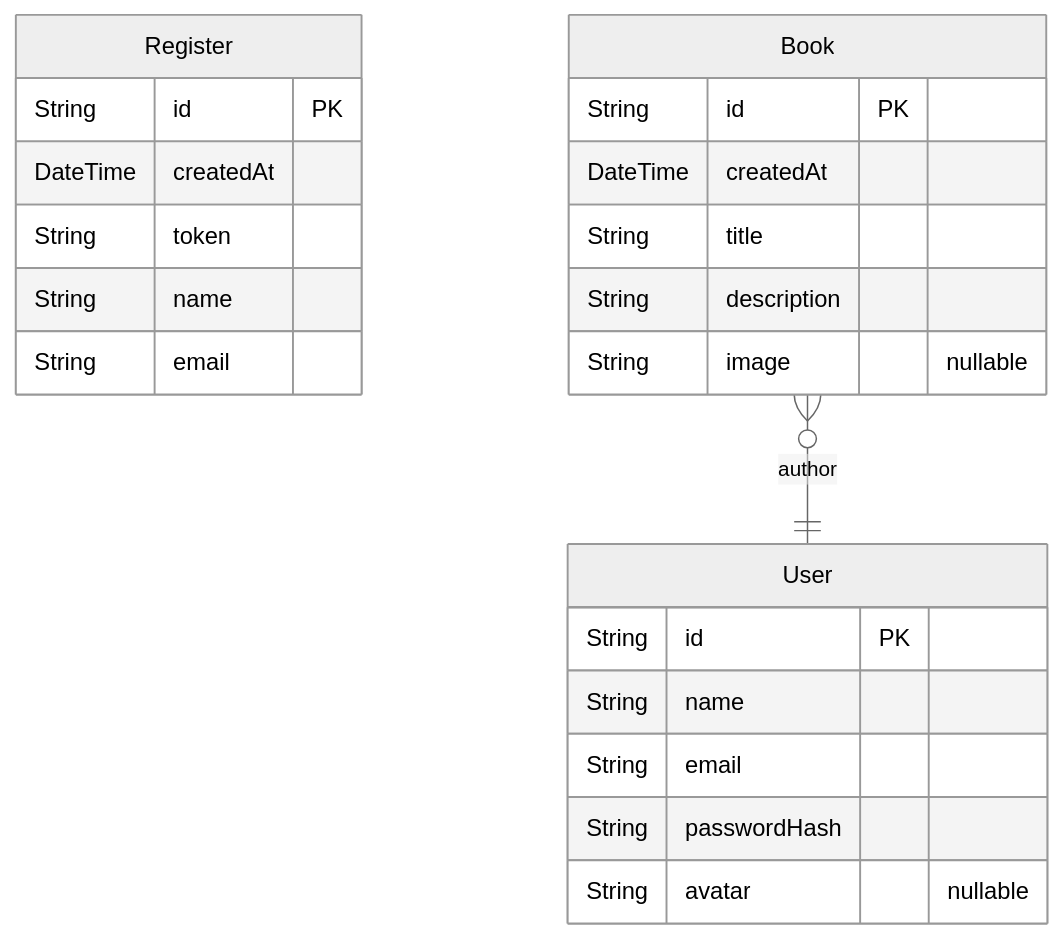
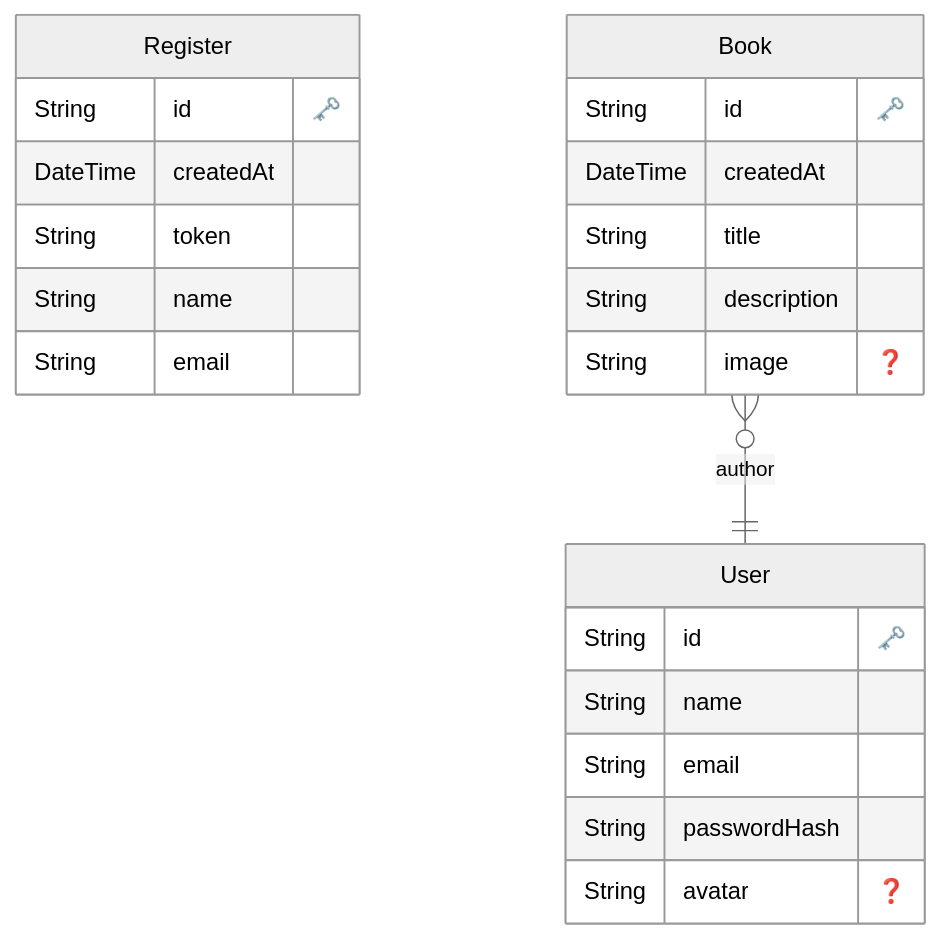
One commit to kamegoro/book-shelf changed the diagram in ERD.md. Above: the diagram before and after it, drawn with Mermaid (neutral theme). The commit also changed 10 other files, not shown here.

````diff
--- a/ERD.md
+++ b/ERD.md
@@ -1,31 +1,31 @@
 ```mermaid
 erDiagram
 
-  User {
-    String id PK
-    String name
-    String email
-    String passwordHash
-    String avatar  "nullable"
+  "User" {
+    String id "🗝️"
+    String name 
+    String email 
+    String passwordHash 
+    String avatar "❓"
     }
+  
 
+  "Register" {
+    String id "🗝️"
+    DateTime createdAt 
+    String token 
+    String name 
+    String email 
+    }
+  
 
-  Register {
-    String id PK
-    DateTime createdAt
-    String token
-    String name
-    String email
+  "Book" {
+    String id "🗝️"
+    DateTime createdAt 
+    String title 
+    String description 
+    String image "❓"
     }
-
-
-  Book {
-    String id PK
-    DateTime createdAt
-    String title
-    String description
-    String image  "nullable"
-    }
-
-    Book o{--|| User : "author"
+  
+    "Book" }o--|| "User" : "author"
 ```
````
